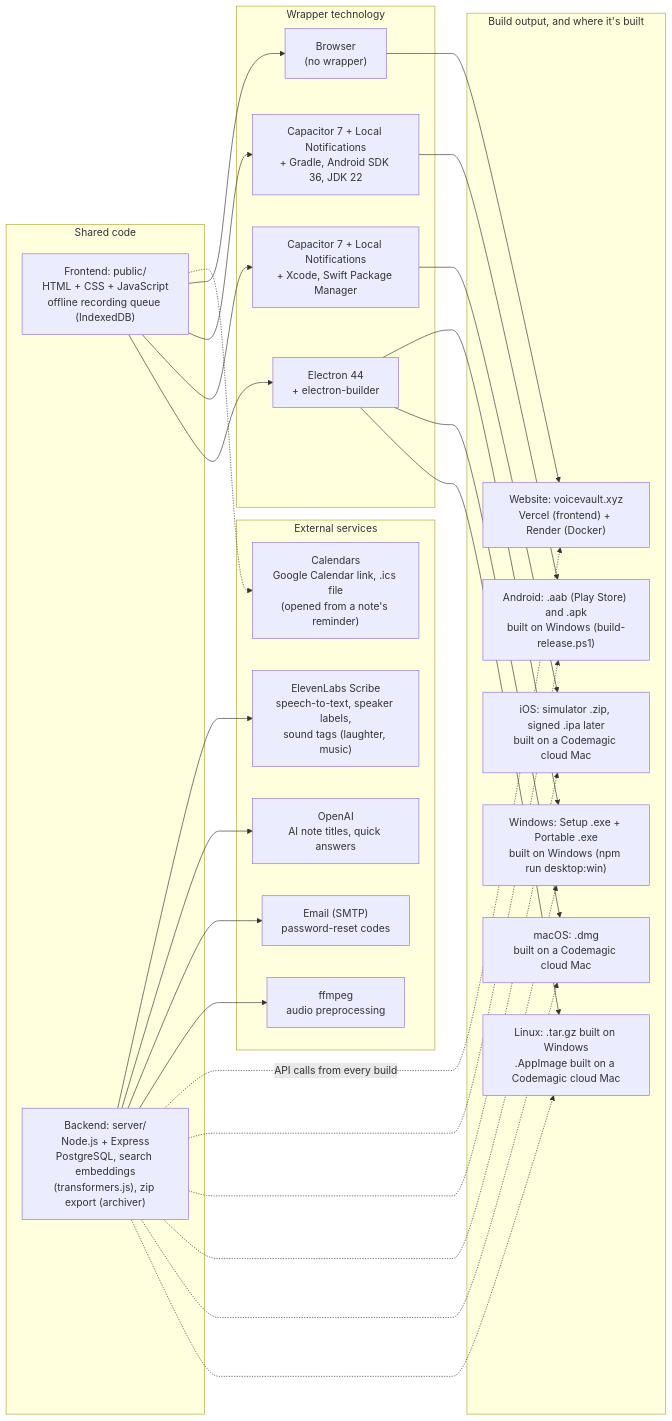
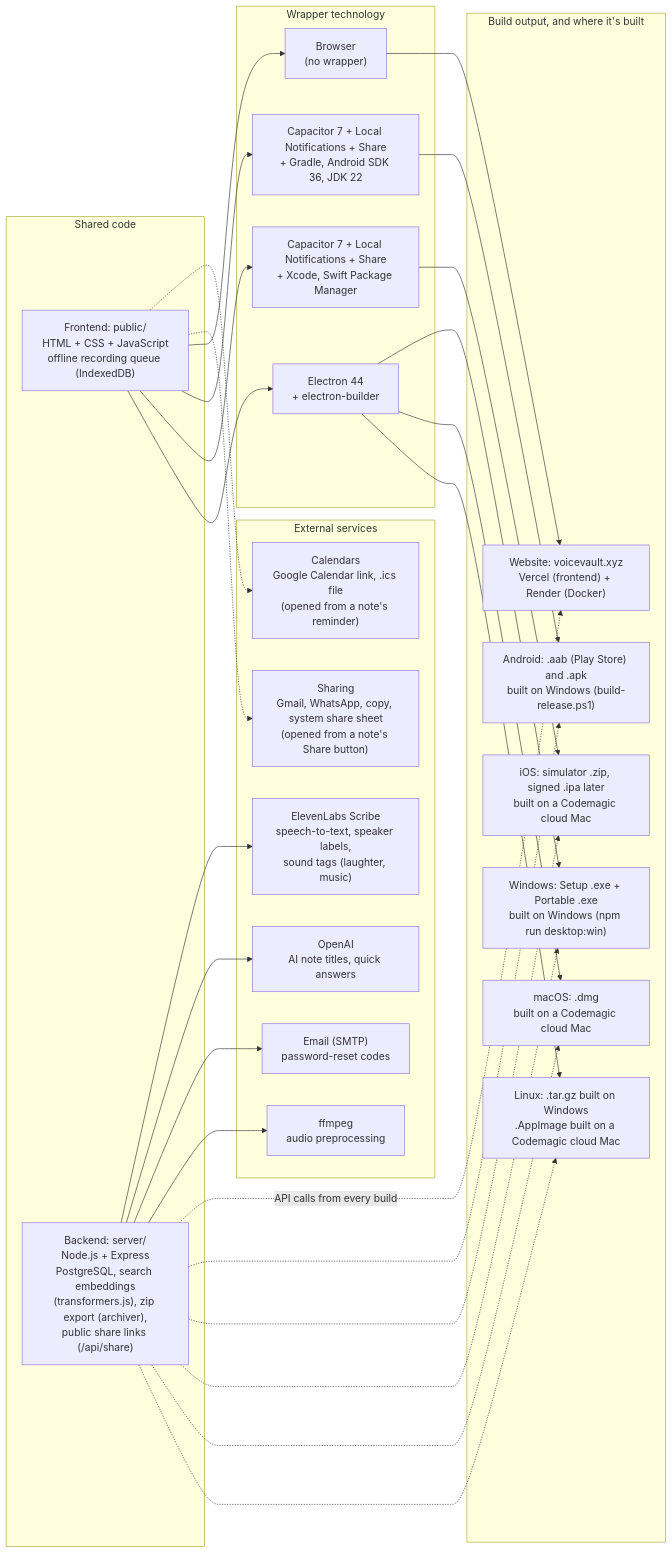
The diagram in docs/NoteVault_Edits_made.md (1218Anubhavmishra/NoteVault), drawn with Mermaid before and after one commit. The commit also changed other lines of this file and 14 other files, not shown here.

Commit message:
Share a note: transcript, audio link or both; add @capacitor/share

````diff
--- a/docs/NoteVault_Edits_made.md
+++ b/docs/NoteVault_Edits_made.md
@@ -66,49 +70,51 @@
 ```mermaid
 flowchart LR
   subgraph Shared["Shared code"]
     FE["Frontend: public/<br/>HTML + CSS + JavaScript<br/>offline recording queue (IndexedDB)"]
-    BE["Backend: server/<br/>Node.js + Express<br/>PostgreSQL, search embeddings<br/>(transformers.js), zip export (archiver)"]
+    BE["Backend: server/<br/>Node.js + Express<br/>PostgreSQL, search embeddings<br/>(transformers.js), zip export (archiver),<br/>public share links (/api/share)"]
   end
 
   subgraph External["External services"]
     EL["ElevenLabs Scribe<br/>speech-to-text, speaker labels,<br/>sound tags (laughter, music)"]
     OAI["OpenAI<br/>AI note titles, quick answers"]
     SMTP["Email (SMTP)<br/>password-reset codes"]
     FF["ffmpeg<br/>audio preprocessing"]
     CAL["Calendars<br/>Google Calendar link, .ics file<br/>(opened from a note's reminder)"]
+    SHR["Sharing<br/>Gmail, WhatsApp, copy, system share sheet<br/>(opened from a note's Share button)"]
   end
 
   subgraph Wrappers["Wrapper technology"]
     WEB["Browser<br/>(no wrapper)"]
-    CAPA["Capacitor 7 + Local Notifications<br/>+ Gradle, Android SDK 36, JDK 22"]
-    CAPI["Capacitor 7 + Local Notifications<br/>+ Xcode, Swift Package Manager"]
+    CAPA["Capacitor 7 + Local Notifications + Share<br/>+ Gradle, Android SDK 36, JDK 22"]
+    CAPI["Capacitor 7 + Local Notifications + Share<br/>+ Xcode, Swift Package Manager"]
     ELE["Electron 44<br/>+ electron-builder"]
   end
 
   subgraph Builds["Build output, and where it's built"]
     W["Website: voicevault.xyz<br/>Vercel (frontend) + Render (Docker)"]
     A["Android: .aab (Play Store) and .apk<br/>built on Windows (build-release.ps1)"]
     I["iOS: simulator .zip, signed .ipa later<br/>built on a Codemagic cloud Mac"]
     D["Windows: Setup .exe + Portable .exe<br/>built on Windows (npm run desktop:win)"]
     M["macOS: .dmg<br/>built on a Codemagic cloud Mac"]
     L["Linux: .tar.gz built on Windows<br/>.AppImage built on a Codemagic cloud Mac"]
   end
 
   BE --> EL
   BE --> OAI
   BE --> SMTP
   BE --> FF
   FE -.-> CAL
+  FE -.-> SHR
   FE --> WEB --> W
   FE --> CAPA --> A
   FE --> CAPI --> I
   FE --> ELE --> D
   ELE --> M
   ELE --> L
   BE -. "API calls from every build" .-> W
   BE -.-> A
   BE -.-> I
   BE -.-> D
   BE -.-> M
   BE -.-> L
 ```
````
